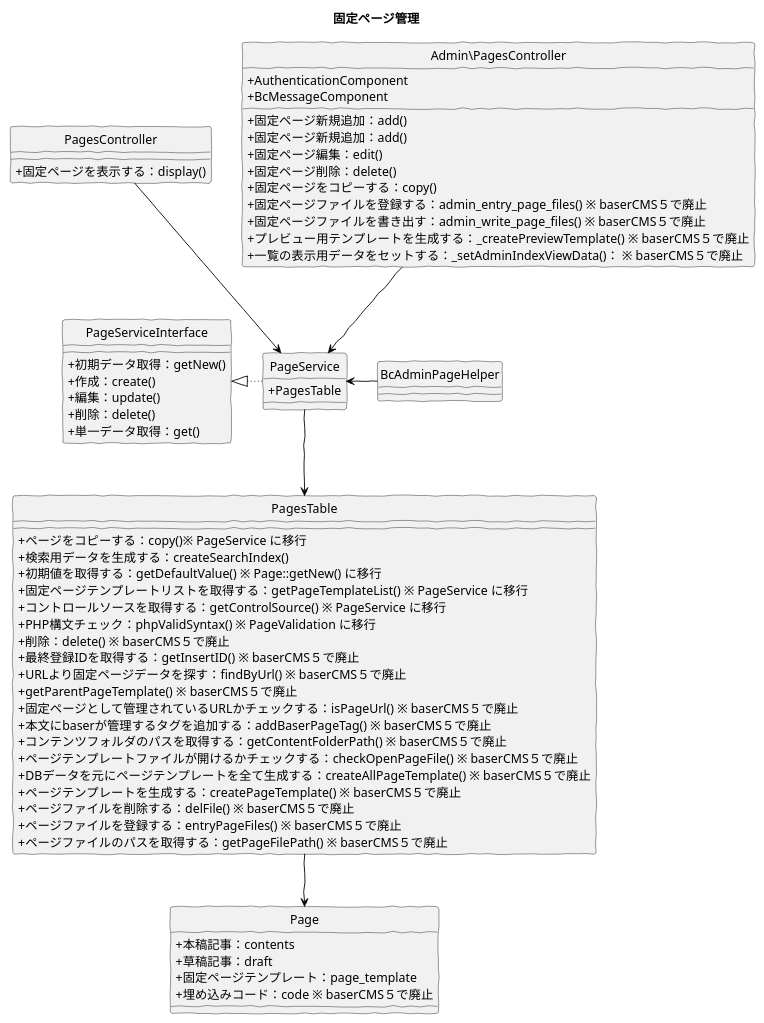
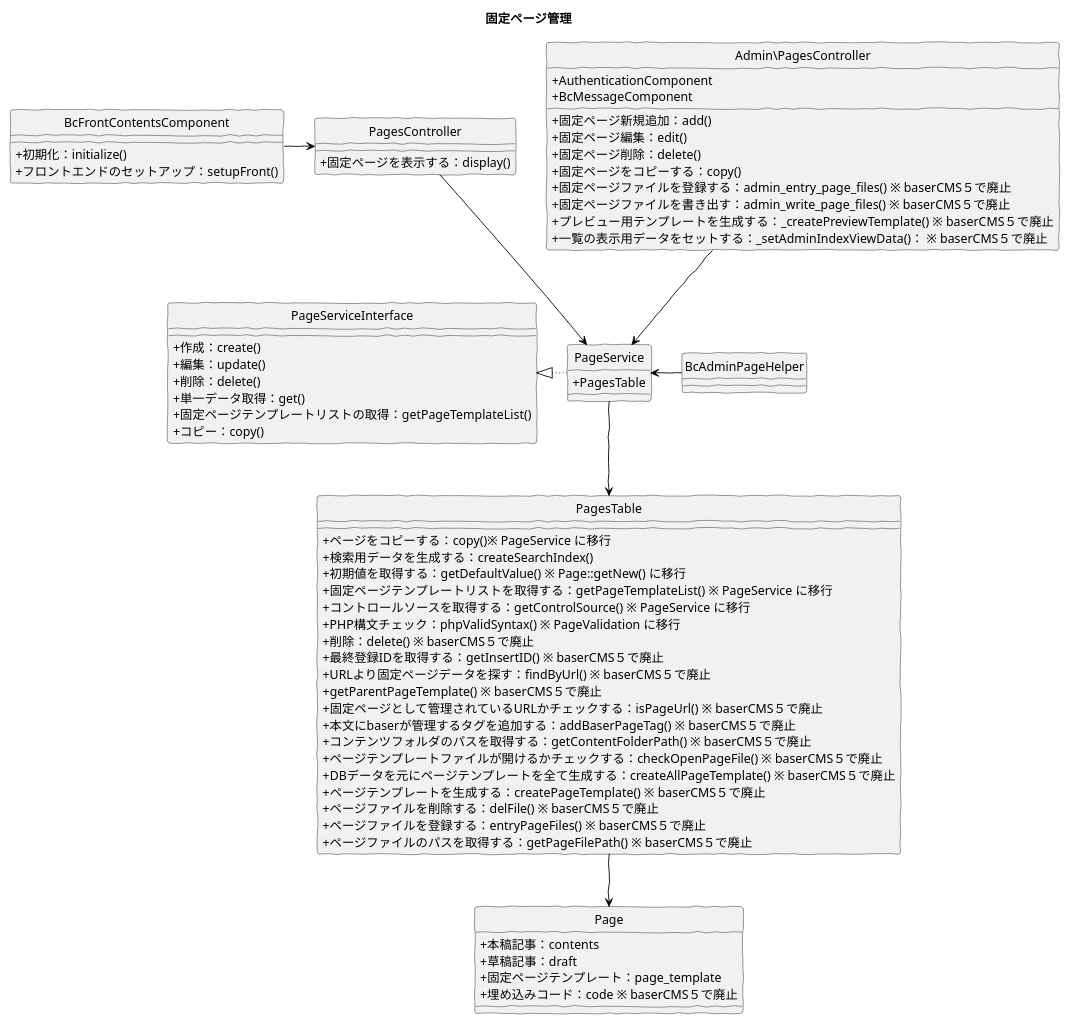
One commit to baserproject/baserproject.github.io changed the diagram in src/puml/5/ucmitz/svg/class/manage_pages.puml. Above: the diagram before and after it, drawn with PlantUML. The commit also changed 42 other files, not shown here.

```diff
--- a/src/puml/5/ucmitz/svg/class/manage_pages.puml
+++ b/src/puml/5/ucmitz/svg/class/manage_pages.puml
@@ -1,77 +1,83 @@
 @startuml
 skinparam handwritten true
 hide circle
 skinparam classAttributeIconSize 0
 
 title 固定ページ管理
 
 class PagesController {
   + 固定ページを表示する：display()
 }
 
+class BcFrontContentsComponent {
+  + 初期化：initialize()
+  + フロントエンドのセットアップ：setupFront()
+}
+
 class Admin\PagesController {
   + AuthenticationComponent
   + BcMessageComponent
   + 固定ページ新規追加：add() 
-  + 固定ページ新規追加：add()
   + 固定ページ編集：edit()
   + 固定ページ削除：delete()
   + 固定ページをコピーする：copy()
   + 固定ページファイルを登録する：admin_entry_page_files() ※ baserCMS５で廃止
   + 固定ページファイルを書き出す：admin_write_page_files() ※ baserCMS５で廃止
   + プレビュー用テンプレートを生成する：_createPreviewTemplate() ※ baserCMS５で廃止
   + 一覧の表示用データをセットする：_setAdminIndexViewData()： ※ baserCMS５で廃止
 }
 
 class BcAdminPageHelper {
 }
 
 class PageService {
   + PagesTable
 }
 
 class PageServiceInterface {
-  + 初期データ取得：getNew()
   + 作成：create()
   + 編集：update()
   + 削除：delete()
   + 単一データ取得：get()
+  + 固定ページテンプレートリストの取得：getPageTemplateList()
+  + コピー：copy()
 }
 
 class PagesTable {
 	+ ページをコピーする：copy()※ PageService に移行
 	+ 検索用データを生成する：createSearchIndex()
 	+ 初期値を取得する：getDefaultValue() ※ Page::getNew() に移行
 	+ 固定ページテンプレートリストを取得する：getPageTemplateList() ※ PageService に移行
 	+ コントロールソースを取得する：getControlSource() ※ PageService に移行
 	+ PHP構文チェック：phpValidSyntax() ※ PageValidation に移行
 	+ 削除：delete() ※ baserCMS５で廃止
 	+ 最終登録IDを取得する：getInsertID() ※ baserCMS５で廃止
 	+ URLより固定ページデータを探す：findByUrl() ※ baserCMS５で廃止
 	+ getParentPageTemplate() ※ baserCMS５で廃止
 	+ 固定ページとして管理されているURLかチェックする：isPageUrl() ※ baserCMS５で廃止
 	+ 本文にbaserが管理するタグを追加する：addBaserPageTag() ※ baserCMS５で廃止
 	+ コンテンツフォルダのパスを取得する：getContentFolderPath() ※ baserCMS５で廃止
 	+ ページテンプレートファイルが開けるかチェックする：checkOpenPageFile() ※ baserCMS５で廃止
 	+ DBデータを元にページテンプレートを全て生成する：createAllPageTemplate() ※ baserCMS５で廃止
 	+ ページテンプレートを生成する：createPageTemplate() ※ baserCMS５で廃止
 	+ ページファイルを削除する：delFile() ※ baserCMS５で廃止
 	+ ページファイルを登録する：entryPageFiles() ※ baserCMS５で廃止
 	+ ページファイルのパスを取得する：getPageFilePath() ※ baserCMS５で廃止
 }
 
 class Page {
    + 本稿記事：contents
    + 草稿記事：draft
    + 固定ページテンプレート：page_template
    + 埋め込みコード：code ※ baserCMS５で廃止
 }
 
 Admin\PagesController -down[#Black]-> PageService
+BcFrontContentsComponent -right[#Black]-> PagesController
 PagesController -down[#Black]-> PageService
 BcAdminPageHelper -left[#Black]-> PageService
 PageService -down[#Black]-> PagesTable
 PageService -left[dotted,#Black]-|> PageServiceInterface
 PagesTable -down[#Black]-> Page
 
 @enduml
```
